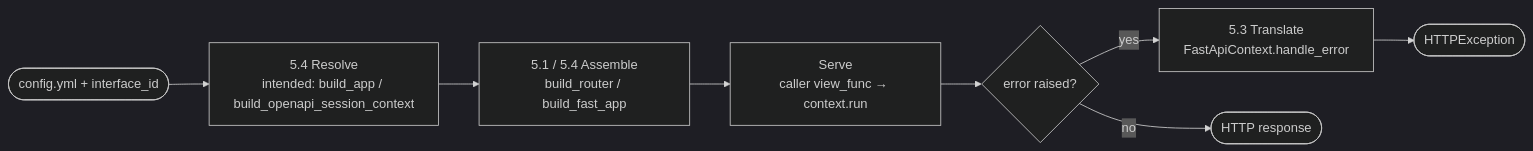
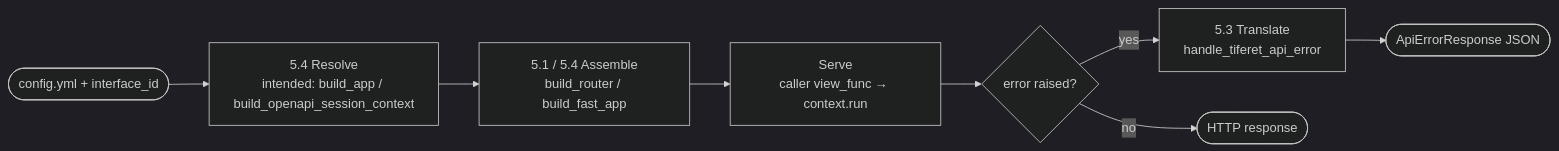
Before and after one commit to greatstrength/tiferet-fast: the diagram in docs/core-domain-distillation.md, drawn with Mermaid (dark theme). The commit also changed other lines of this file and 1 other file, not shown here.

Commit message:
Docs – Locate Translate on the app-level TiferetAPIError handler (#52)

````diff
--- a/docs/core-domain-distillation.md
+++ b/docs/core-domain-distillation.md
@@ -89,10 +89,10 @@
 ```mermaid
 flowchart LR
   CFG([config.yml + interface_id]) --> RESOLVE["5.4 Resolve<br/>intended: build_app / build_openapi_session_context"]
   RESOLVE --> ASSEMBLE["5.1 / 5.4 Assemble<br/>build_router / build_fast_app"]
   ASSEMBLE --> SERVE["Serve<br/>caller view_func → context.run"]
   SERVE --> ERR{"error raised?"}
-  ERR -- yes --> TRANSLATE["5.3 Translate<br/>FastApiContext.handle_error"]
+  ERR -- yes --> TRANSLATE["5.3 Translate<br/>handle_tiferet_api_error"]
   ERR -- no --> RESP([HTTP response])
-  TRANSLATE --> HTTPEXC([HTTPException])
+  TRANSLATE --> JSON([ApiErrorResponse JSON])
 ```
````
